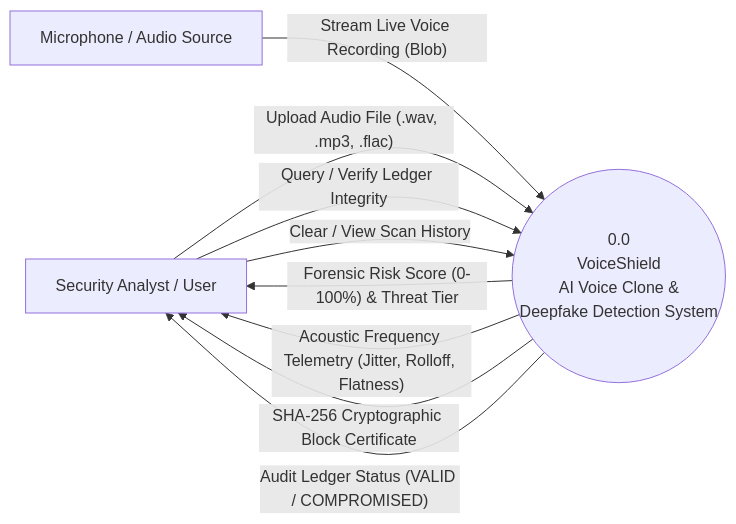
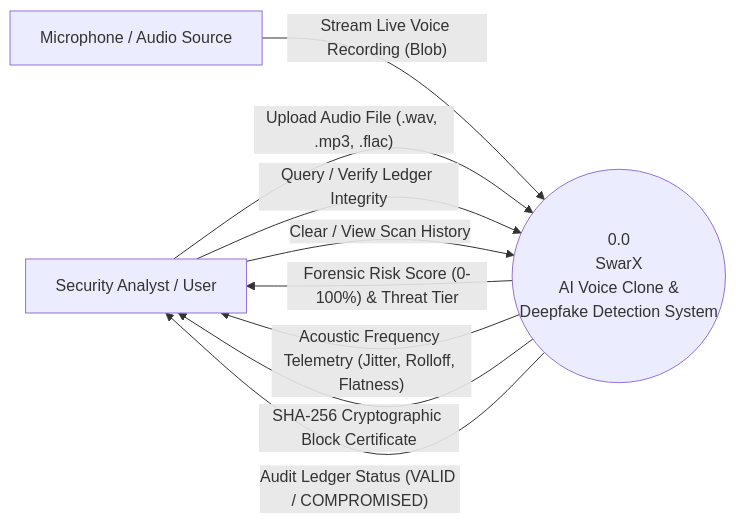
One commit to SMahipalSingh/voice-clone-detection changed the second of 3 diagrams in docs/SYSTEM_DOCUMENTATION.md. Above: the diagram before and after it, drawn with Mermaid. The commit also changed other lines of this file and 14 other files, not shown here.

Commit message:
Update system branding to SwarX, refine backend types and timezone handling, and update documentation

````diff
--- a/docs/SYSTEM_DOCUMENTATION.md
+++ b/docs/SYSTEM_DOCUMENTATION.md
@@ -97,16 +97,16 @@
 ```mermaid
 flowchart LR
     User["Security Analyst / User"]
     Mic["Microphone / Audio Source"]
-    System(("0.0 <br/> VoiceShield <br/> AI Voice Clone & <br/> Deepfake Detection System"))
+    System(("0.0 <br/> SwarX <br/> AI Voice Clone & <br/> Deepfake Detection System"))
     
     User -->|"Upload Audio File (.wav, .mp3, .flac)"| System
     Mic -->|"Stream Live Voice Recording (Blob)"| System
     User -->|"Query / Verify Ledger Integrity"| System
     User -->|"Clear / View Scan History"| System
 
     System -->|"Forensic Risk Score (0-100%) & Threat Tier"| User
     System -->|"Acoustic Frequency Telemetry (Jitter, Rolloff, Flatness)"| User
     System -->|"SHA-256 Cryptographic Block Certificate"| User
     System -->|"Audit Ledger Status (VALID / COMPROMISED)"| User
 ```
````
